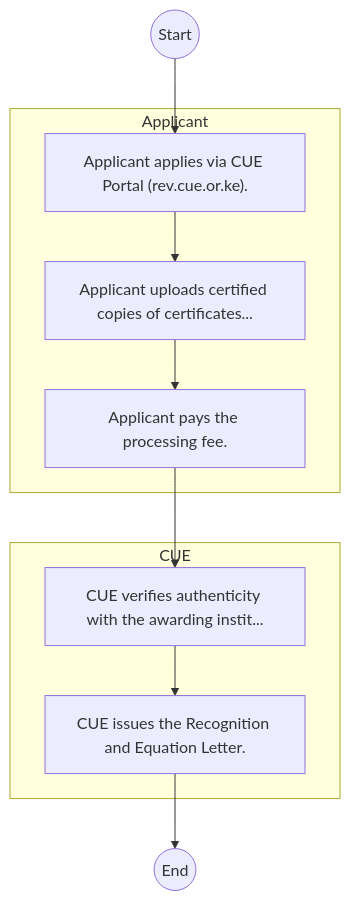
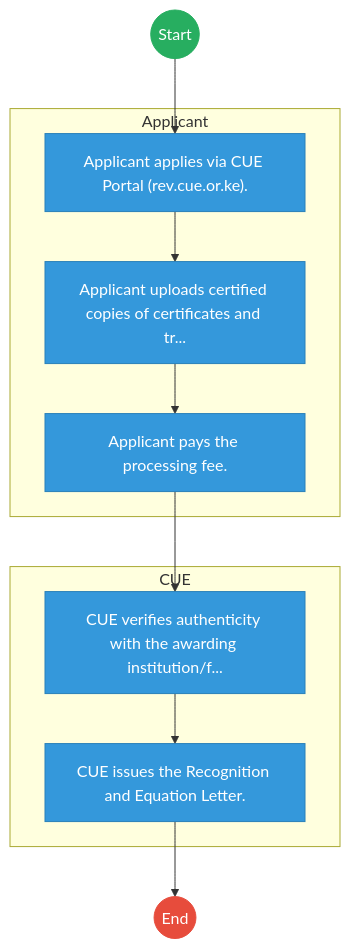
The first of 2 diagrams in mdas/docs_final/Commission_for_University_Education___Service_Delivery.md (BITZ-IT-Consulting-LTD/ictapoc), drawn with Mermaid before and after one commit. The commit also changed other lines of this file and 461 other files, not shown here.

````diff
--- a/mdas/docs_final/Commission_for_University_Education___Service_Delivery.md
+++ b/mdas/docs_final/Commission_for_University_Education___Service_Delivery.md
@@ -20,18 +20,29 @@
 ```mermaid
 graph TD
     Start((Start)) --> S1
+
     subgraph Applicant [Applicant]
         S1["Applicant applies via CUE Portal (rev.cue.or.ke)."]
-        S2["Applicant uploads certified copies of certificates..."]
+        S2["Applicant uploads certified copies of certificates and tr..."]
         S3["Applicant pays the processing fee."]
     end
+
     subgraph CUE [CUE]
-        S4["CUE verifies authenticity with the awarding instit..."]
+        S4["CUE verifies authenticity with the awarding institution/f..."]
         S5["CUE issues the Recognition and Equation Letter."]
     end
     S1 --> S2
     S2 --> S3
     S3 --> S4
     S4 --> S5
     S5 --> End((End))
+
+    classDef start fill:#27ae60,stroke:#27ae60,color:#fff;
+    classDef endNode fill:#e74c3c,stroke:#e74c3c,color:#fff;
+    classDef userTask fill:#3498db,stroke:#2980b9,color:#fff;
+    classDef serviceTask fill:#9b59b6,stroke:#8e44ad,color:#fff;
+
+    class Start start;
+    class End endNode;
+    class S1,S2,S3,S4,S5 userTask;
 ```
````
